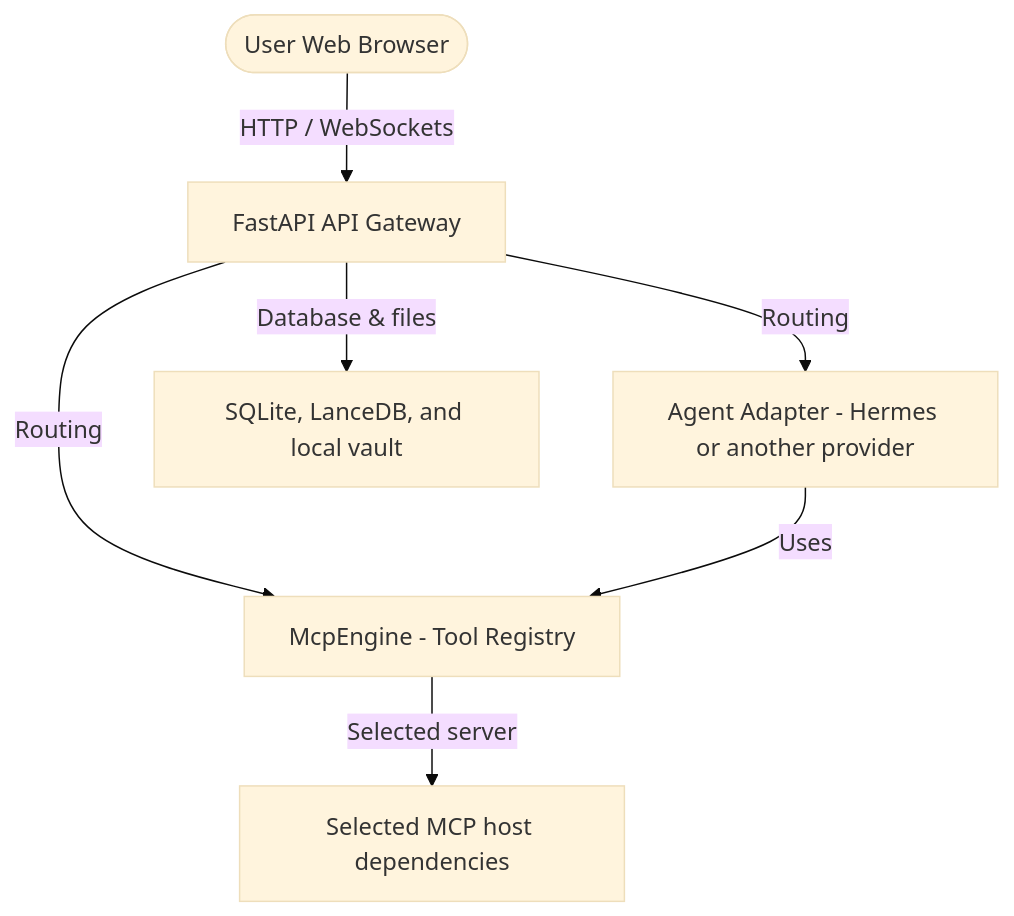
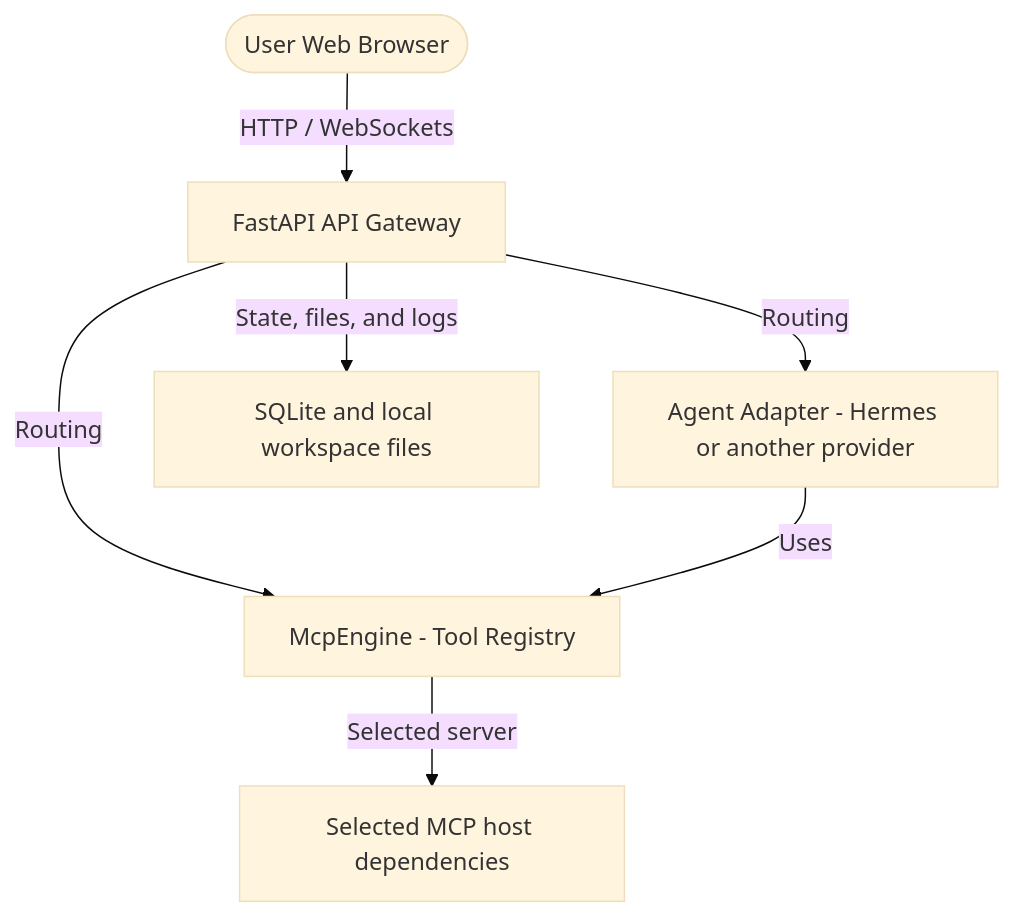
One commit to burhop/wright changed the diagram in docs/blog/introducing-wright.md. Above: the diagram before and after it, drawn with Mermaid (base theme). The commit also changed other lines of this file and 20 other files, not shown here.

````diff
--- a/docs/blog/introducing-wright.md
+++ b/docs/blog/introducing-wright.md
@@ -57,9 +57,9 @@
 ```mermaid
 flowchart TD
     User([User Web Browser]) -->|HTTP / WebSockets| API[FastAPI API Gateway]
     API -->|Routing| Agent[Agent Adapter - Hermes or another provider]
     API -->|Routing| MCP[McpEngine - Tool Registry]
     Agent -->|Uses| MCP
     MCP -->|Selected server| Tools[Selected MCP host dependencies]
-    API -->|Database & files| Vault[SQLite, LanceDB, and local vault]
+    API -->|State, files, and logs| LocalState[SQLite and local workspace files]
 ```
````
